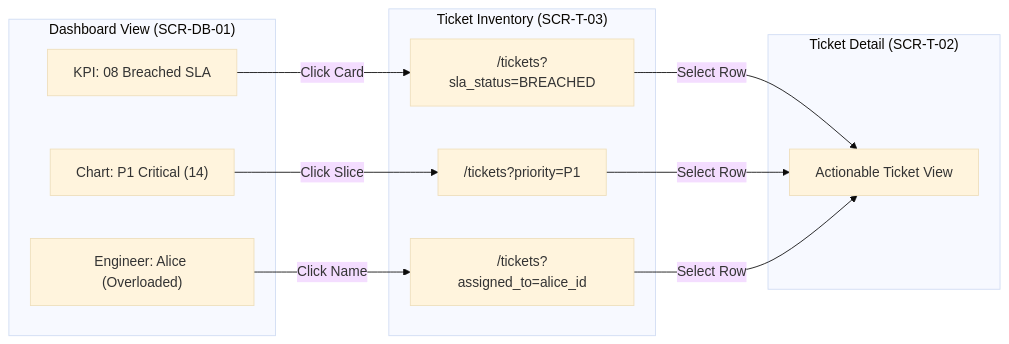
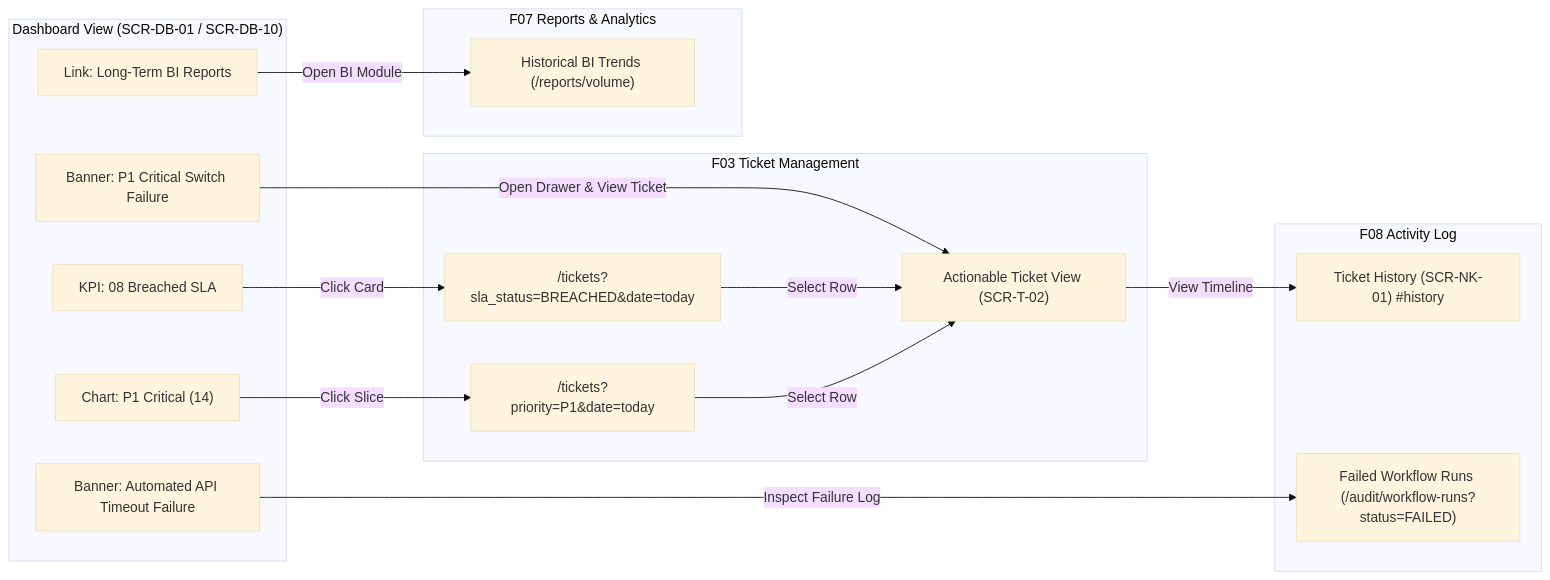
The diagram in docs/f02-dashboard/information-architecture/03-navigation.md (Akaza-ban/Fable), drawn with Mermaid (base theme) before and after one commit. The commit also changed other lines of this file and 12 other files, not shown here.

````diff
--- a/docs/f02-dashboard/information-architecture/03-navigation.md
+++ b/docs/f02-dashboard/information-architecture/03-navigation.md
@@ -44,26 +53,34 @@
 ```mermaid
 flowchart LR
-    subgraph Dash["Dashboard View (SCR-DB-01)"]
+    subgraph Dash["Dashboard View (SCR-DB-01 / SCR-DB-10)"]
         kpi["KPI: 08 Breached SLA"]
         chart["Chart: P1 Critical (14)"]
-        work["Engineer: Alice (Overloaded)"]
+        alertP1["Banner: P1 Critical Switch Failure"]
+        alertErr["Banner: Automated API Timeout Failure"]
+        linkF07["Link: Long-Term BI Reports"]
     end
 
-    subgraph List["Ticket Inventory (SCR-T-03)"]
-        f1["/tickets?sla_status=BREACHED"]
-        f2["/tickets?priority=P1"]
-        f3["/tickets?assigned_to=alice_id"]
+    subgraph F03_Tickets["F03 Ticket Management"]
+        f1["/tickets?sla_status=BREACHED&date=today"]
+        f2["/tickets?priority=P1&date=today"]
+        t["Actionable Ticket View (SCR-T-02)"]
     end
 
-    subgraph Detail["Ticket Detail (SCR-T-02)"]
-        t["Actionable Ticket View"]
+    subgraph F08_Audit["F08 Activity Log"]
+        fHistory["Ticket History (SCR-NK-01) #history"]
+        fRuns["Failed Workflow Runs (/audit/workflow-runs?status=FAILED)"]
+    end
+
+    subgraph F07_Reports["F07 Reports & Analytics"]
+        fReports["Historical BI Trends (/reports/volume)"]
     end
 
     kpi -->|"Click Card"| f1
     chart -->|"Click Slice"| f2
-    work -->|"Click Name"| f3
-
+    alertP1 -->|"Open Drawer & View Ticket"| t
+    alertErr -->|"Inspect Failure Log"| fRuns
+    t -->|"View Timeline"| fHistory
+    linkF07 -->|"Open BI Module"| fReports
     f1 -->|"Select Row"| t
     f2 -->|"Select Row"| t
-    f3 -->|"Select Row"| t
 ```
````
